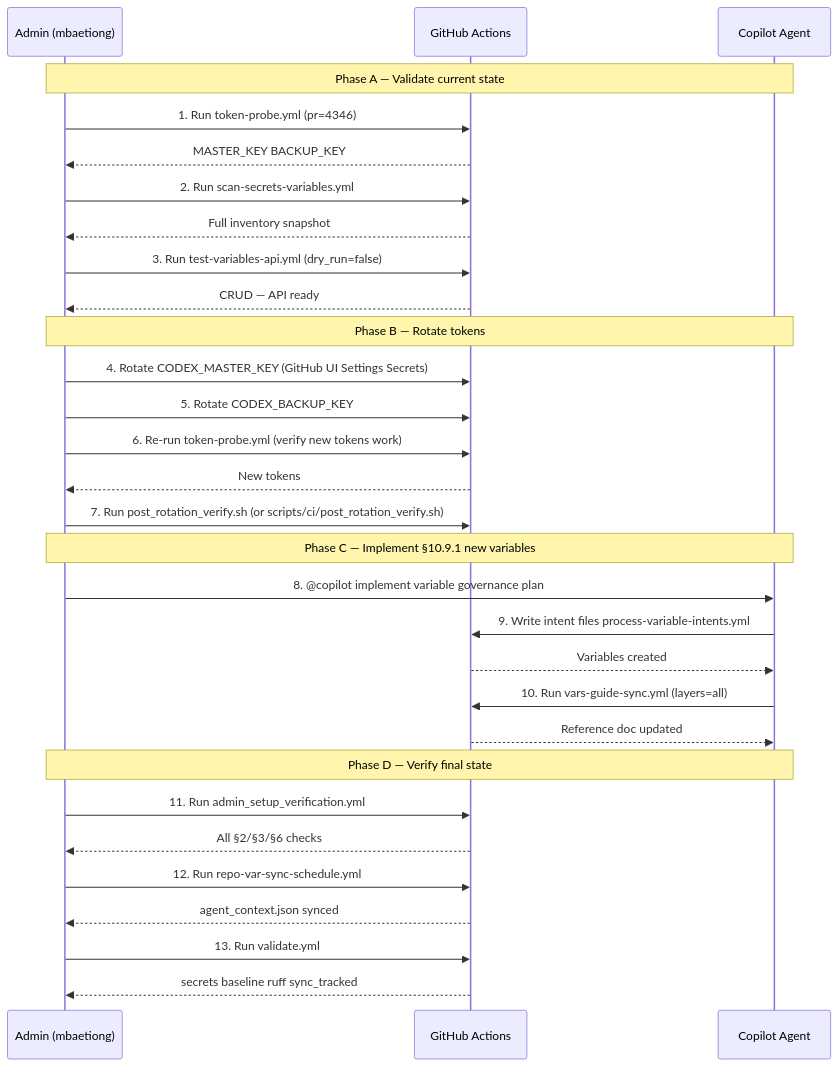
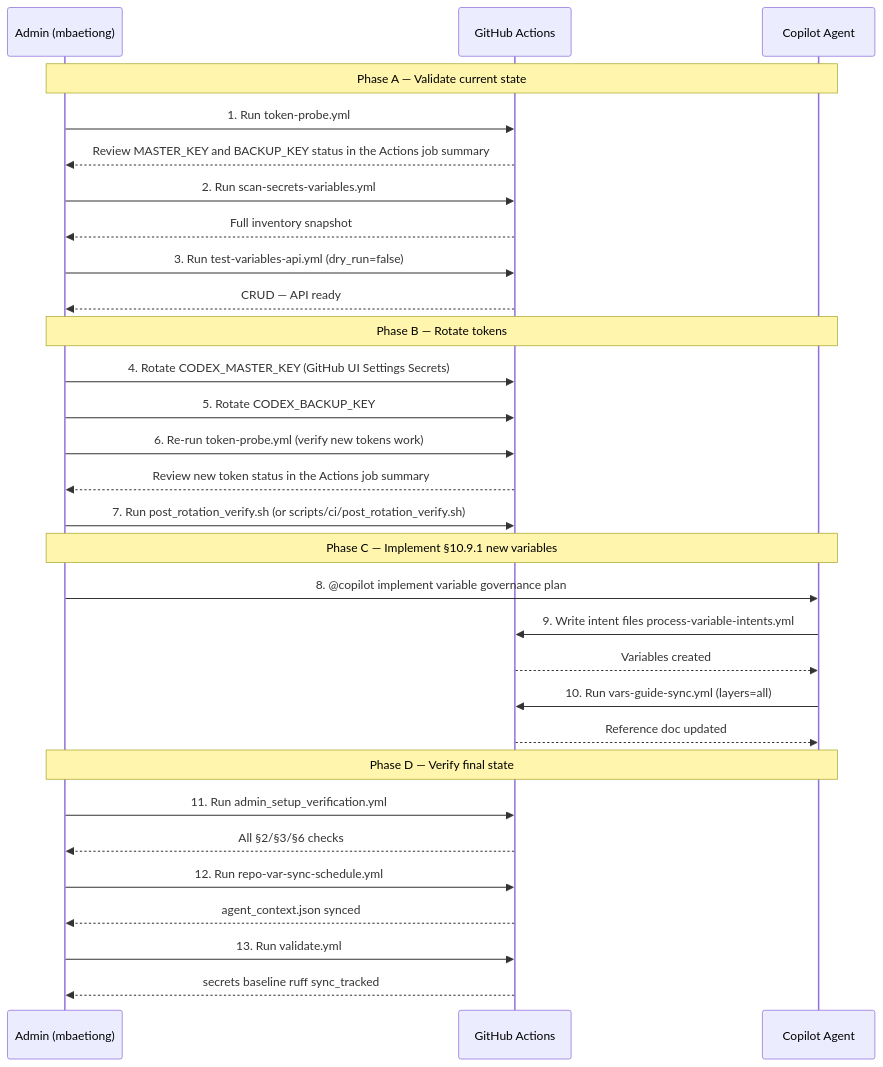
One commit to Aries-Serpent/_codex_ changed diagram 17 of 19 in docs/reference/ELEVATED_PRIVILEGES_TOKEN_REVIEW.md. Above: the diagram before and after it, drawn with Mermaid. The commit also changed other lines of this file and 18 other files, not shown here.

````diff
--- a/docs/reference/ELEVATED_PRIVILEGES_TOKEN_REVIEW.md
+++ b/docs/reference/ELEVATED_PRIVILEGES_TOKEN_REVIEW.md
@@ -2205,47 +2205,47 @@
 ```mermaid
 %%{init: {'accessibility': {'title': 'Sequence Diagram: >>Admin: MASTER_KEY BACKUP_K'}}%%
 
 sequenceDiagram
  participant Admin as Admin (mbaetiong)
  participant GH as GitHub Actions
  participant Copilot as Copilot Agent
 
  Note over Admin,Copilot: Phase A — Validate current state
- Admin->>GH: 1. Run token-probe.yml (pr=4346)
+ Admin->>GH: 1. Run token-probe.yml
 
- GH-->>Admin: MASTER_KEY BACKUP_KEY 
+ GH-->>Admin: Review MASTER_KEY and BACKUP_KEY status in the Actions job summary
  Admin->>GH: 2. Run scan-secrets-variables.yml
 
  GH-->>Admin: Full inventory snapshot
  Admin->>GH: 3. Run test-variables-api.yml (dry_run=false)
 
  GH-->>Admin: CRUD — API ready
 
  Note over Admin,Copilot: Phase B — Rotate tokens
  Admin->>GH: 4. Rotate CODEX_MASTER_KEY (GitHub UI Settings Secrets)
  Admin->>GH: 5. Rotate CODEX_BACKUP_KEY
  Admin->>GH: 6. Re-run token-probe.yml (verify new tokens work)
 
- GH-->>Admin: New tokens 
+ GH-->>Admin: Review new token status in the Actions job summary
  Admin->>GH: 7. Run post_rotation_verify.sh (or scripts/ci/post_rotation_verify.sh)
 
  Note over Admin,Copilot: Phase C — Implement §10.9.1 new variables
  Admin->>Copilot: 8. @copilot implement variable governance plan
  Copilot->>GH: 9. Write intent files process-variable-intents.yml
 
- GH-->>Copilot: Variables created 
+ GH-->>Copilot: Variables created
  Copilot->>GH: 10. Run vars-guide-sync.yml (layers=all)
 
- GH-->>Copilot: Reference doc updated 
+ GH-->>Copilot: Reference doc updated
 
  Note over Admin,Copilot: Phase D — Verify final state
  Admin->>GH: 11. Run admin_setup_verification.yml
 
- GH-->>Admin: All §2/§3/§6 checks 
+ GH-->>Admin: All §2/§3/§6 checks
  Admin->>GH: 12. Run repo-var-sync-schedule.yml
 
- GH-->>Admin: agent_context.json synced 
+ GH-->>Admin: agent_context.json synced
  Admin->>GH: 13. Run validate.yml
 
  GH-->>Admin: secrets baseline ruff sync_tracked
 ```
````
